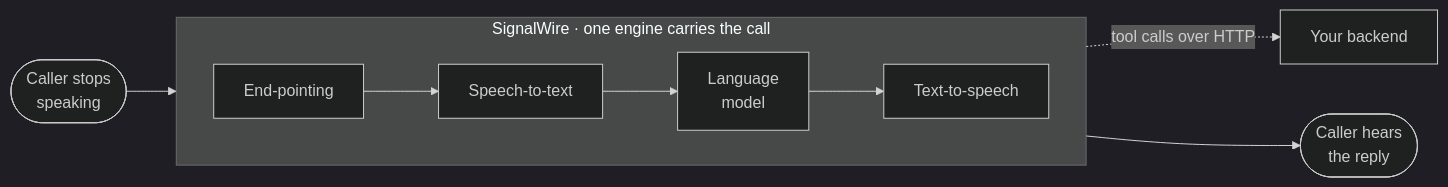
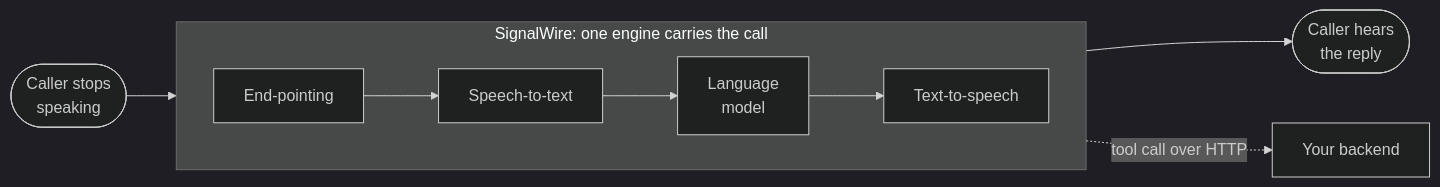
The second of 9 diagrams in fern/products/platform/pages/ai/get-started/capabilities/index.mdx (signalwire/docs), drawn with Mermaid (dark theme) before and after one commit. The commit also changed other lines of this file and 1 other file, not shown here.

````diff
--- a/fern/products/platform/pages/ai/get-started/capabilities/index.mdx
+++ b/fern/products/platform/pages/ai/get-started/capabilities/index.mdx
@@ -75,10 +53,10 @@
 ```mermaid
 flowchart LR
-    A([Caller stops<br/>speaking]) --> SW
-    subgraph SW["SignalWire · one engine carries the call"]
+    A([Caller stops<br/>speaking]) --> B
+    subgraph SW["SignalWire: one engine carries the call"]
         direction LR
         B[End-pointing] --> C[Speech-to-text] --> D[Language<br/>model] --> E[Text-to-speech]
     end
-    SW --> F([Caller hears<br/>the reply])
-    D -.->|"tool calls over HTTP"| Y[Your backend]
+    E --> F([Caller hears<br/>the reply])
+    D -.->|"tool call over HTTP"| Y[Your backend]
 ```
````
